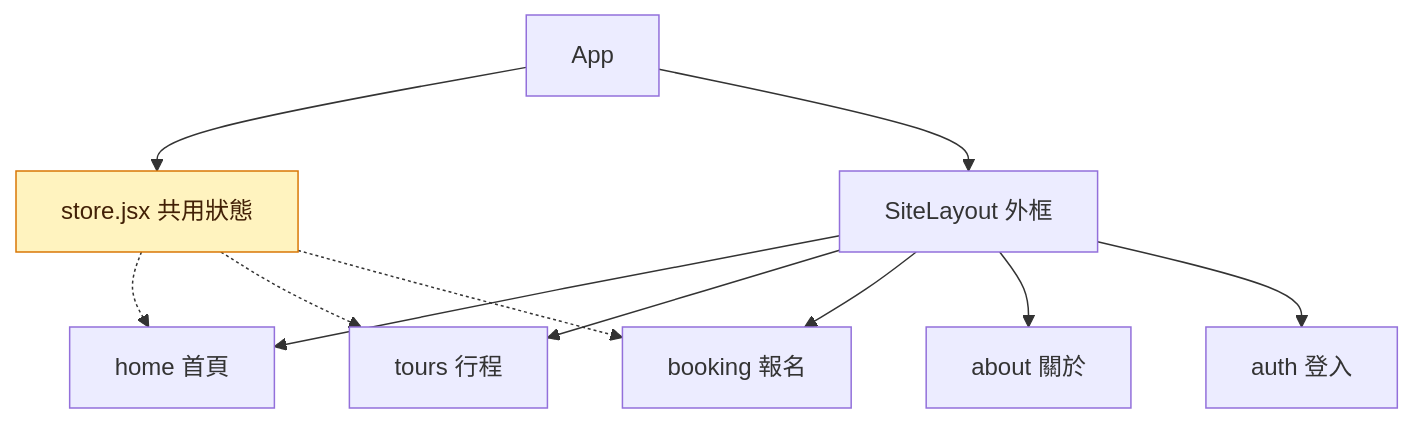
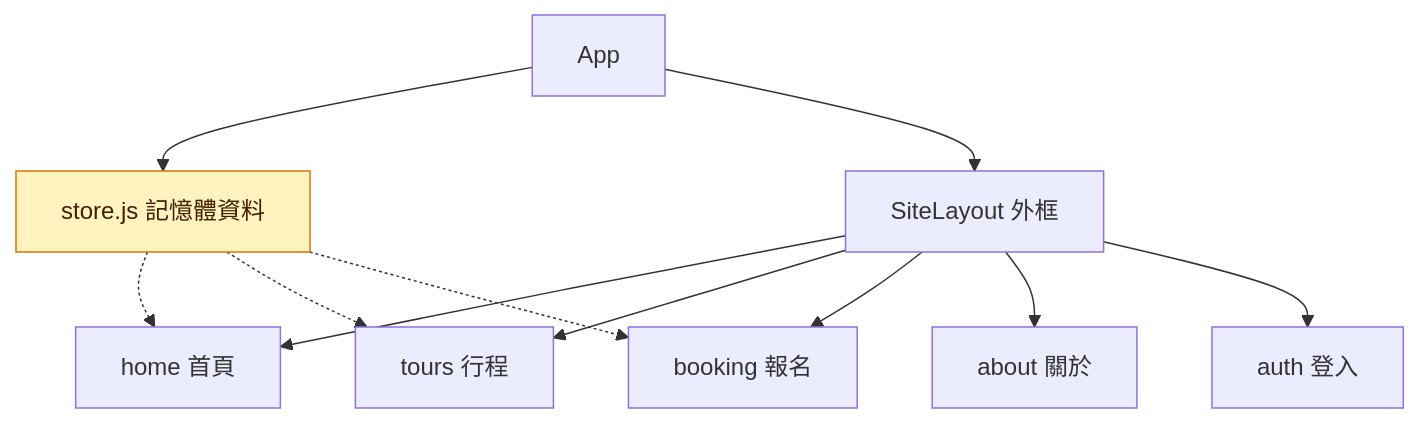
Before and after one commit to summer10920/summer10920.github.io: the fourth of 12 diagrams in source/_posts/lokiTech-15day-12-project-travel.md, drawn with Mermaid. The commit also changed other lines of this file and 3 other files, not shown here.

```diff
--- a/source/_posts/lokiTech-15day-12-project-travel.md
+++ b/source/_posts/lokiTech-15day-12-project-travel.md
@@ -1367,13 +1476,13 @@
 {% mermaid graph TD %}
-  app["App"] --> store["store.jsx 共用狀態"]
+  app["App"] --> store["store.js 記憶體資料"]
   app --> layout["SiteLayout 外框"]
   layout --> home["home 首頁"]
   layout --> tours["tours 行程"]
   layout --> booking["booking 報名"]
   layout --> about["about 關於"]
   layout --> auth["auth 登入"]
   store -.-> home
   store -.-> tours
   store -.-> booking
   style store fill:#fff3bf,stroke:#d97706,color:#422006
 {% endmermaid %}
```
